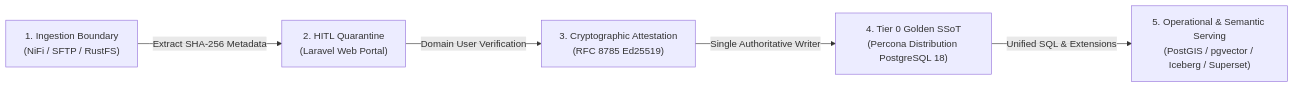
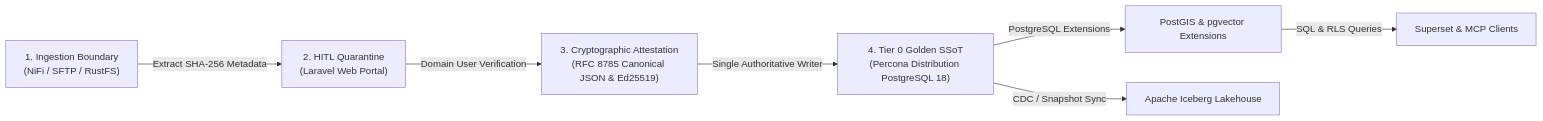
The first of 3 diagrams in docs/reference/postgresql-pgvector-enterprise-strategy.md (linuxmalaysia/bda-ai-infra), drawn with Mermaid before and after one commit. The commit also changed other lines of this file and 1 other file, not shown here.

First line of the commit message:
docs: update NiFi transport and PostgreSQL extension diagram nodes

````diff
--- a/docs/reference/postgresql-pgvector-enterprise-strategy.md
+++ b/docs/reference/postgresql-pgvector-enterprise-strategy.md
@@ -129,7 +129,9 @@
 ```mermaid
 flowchart LR
     Ingestion["1. Ingestion Boundary<br/>(NiFi / SFTP / RustFS)"] -->|"Extract SHA-256 Metadata"| HITL["2. HITL Quarantine<br/>(Laravel Web Portal)"]
-    HITL -->|"Domain User Verification"| Attest["3. Cryptographic Attestation<br/>(RFC 8785 Ed25519)"]
+    HITL -->|"Domain User Verification"| Attest["3. Cryptographic Attestation<br/>(RFC 8785 Canonical JSON &amp; Ed25519)"]
     Attest -->|"Single Authoritative Writer"| Tier0["4. Tier 0 Golden SSoT<br/>(Percona Distribution PostgreSQL 18)"]
-    Tier0 -->|"Unified SQL & Extensions"| Serving["5. Operational & Semantic Serving<br/>(PostGIS / pgvector / Iceberg / Superset)"]
+    Tier0 -->|"PostgreSQL Extensions"| ExtServ["PostGIS &amp; pgvector Extensions"]
+    Tier0 -->|"CDC / Snapshot Sync"| Iceberg["Apache Iceberg Lakehouse"]
+    ExtServ -->|"SQL &amp; RLS Queries"| Clients["Superset &amp; MCP Clients"]
 ```
````
